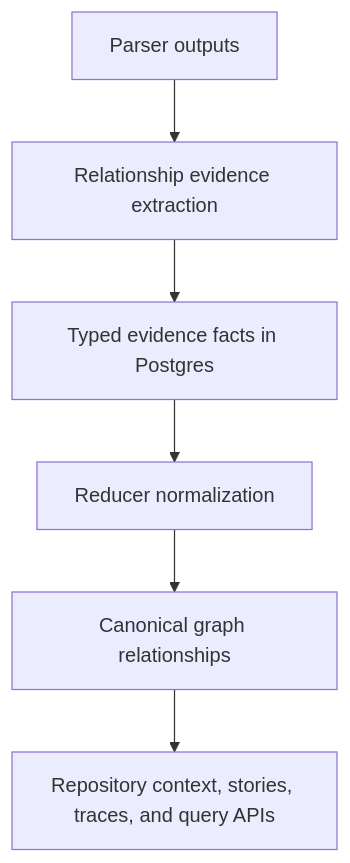
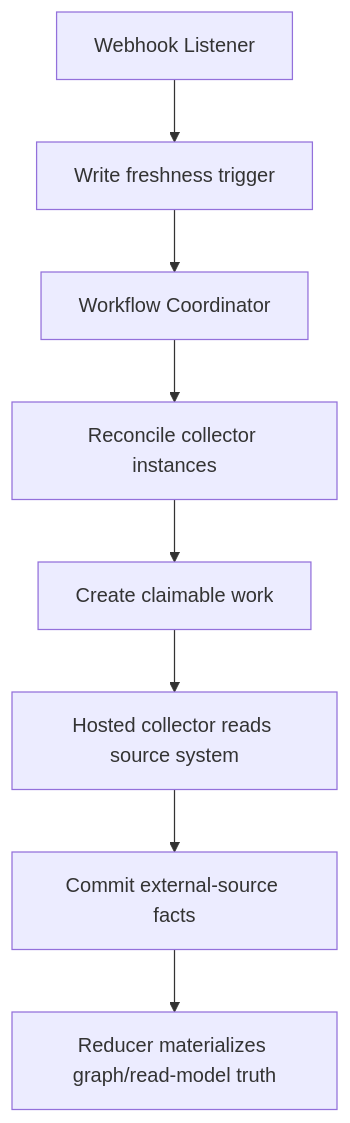
The fifth of 5 diagrams in docs/public/reference/service-workflows.md (eshu-hq/eshu), drawn with Mermaid before and after one commit. The commit also changed other lines of this file and 5 other files, not shown here.

````diff
--- a/docs/public/reference/service-workflows.md
+++ b/docs/public/reference/service-workflows.md
@@ -204,8 +124,10 @@
 ```mermaid
 flowchart TD
-  A["Parser outputs"] --> B["Relationship evidence extraction"]
-  B --> C["Typed evidence facts in Postgres"]
-  C --> D["Reducer normalization"]
-  D --> E["Canonical graph relationships"]
-  E --> F["Repository context, stories, traces, and query APIs"]
+  A["Workflow Coordinator"] --> B["Reconcile collector instances"]
+  B --> C["Create claimable work"]
+  C --> D["Hosted collector reads source system"]
+  D --> E["Commit external-source facts"]
+  E --> F["Reducer materializes graph/read-model truth"]
+  G["Webhook Listener"] --> H["Write freshness trigger"]
+  H --> A
 ```
````
